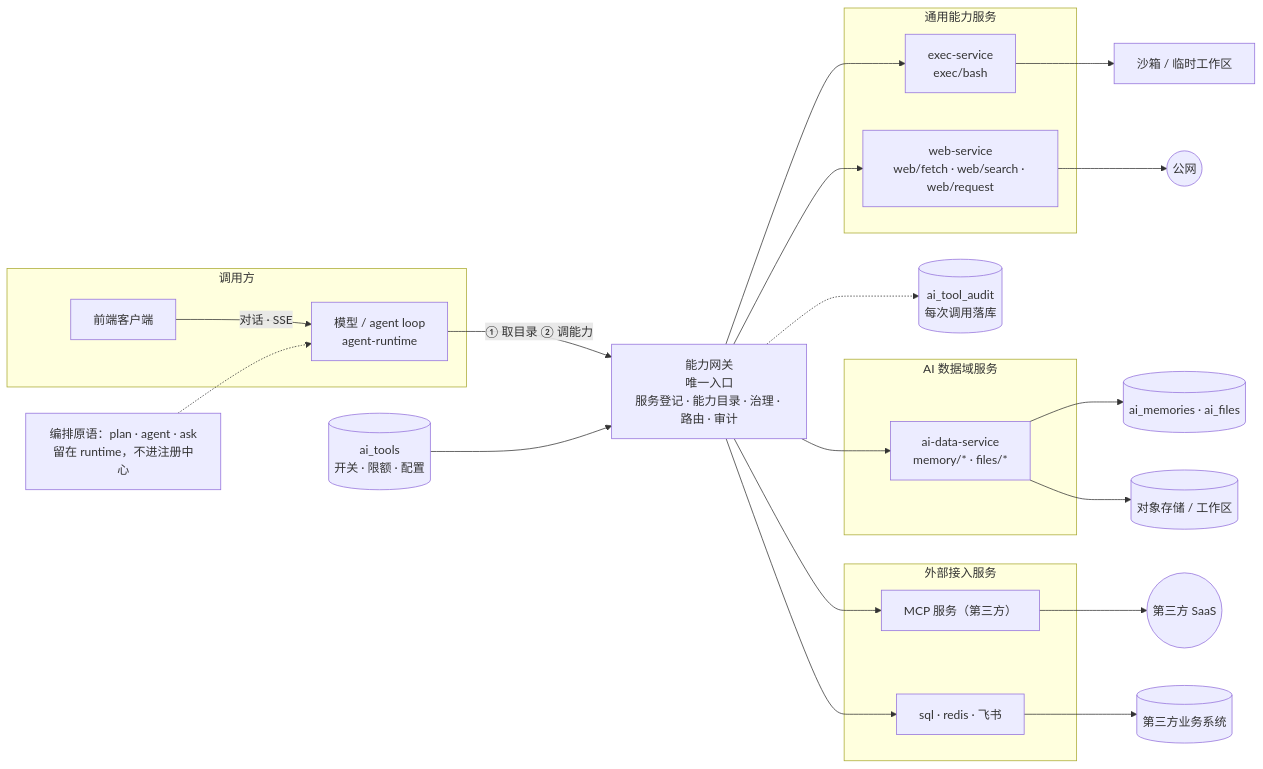
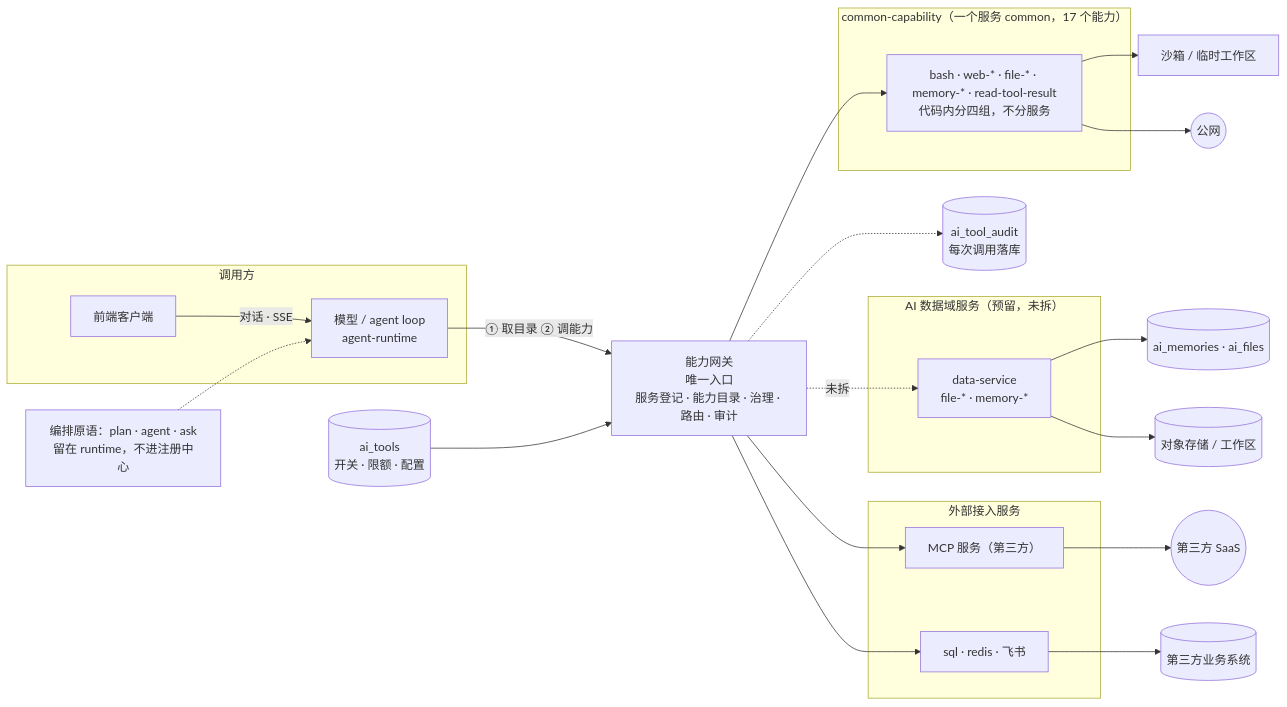
Before and after one commit to Rihel/billy-cli: the first of 2 diagrams in docs/design/capability-gateway.md, drawn with Mermaid. The commit also changed other lines of this file and 192 other files, not shown here.

````diff
--- a/docs/design/capability-gateway.md
+++ b/docs/design/capability-gateway.md
@@ -87,45 +90,43 @@
 ```mermaid
 flowchart LR
   subgraph callers["调用方"]
     M["模型 / agent loop<br/>agent-runtime"]
     C["前端客户端"]
   end
 
   C -->|"对话 · SSE"| M
 
   G["能力网关<br/>唯一入口<br/>服务登记 · 能力目录 · 治理 · 路由 · 审计"]
 
   M -->|"① 取目录 ② 调能力"| G
 
-  subgraph S1["通用能力服务"]
-    E["exec-service<br/>exec/bash"]
-    W["web-service<br/>web/fetch · web/search · web/request"]
+  subgraph S1["common-capability（一个服务 common，17 个能力）"]
+    E["bash · web-* · file-* · memory-* · read-tool-result<br/>代码内分四组，不分服务"]
   end
 
-  subgraph S2["AI 数据域服务"]
-    D["ai-data-service<br/>memory/* · files/*"]
+  subgraph S2["AI 数据域服务（预留，未拆）"]
+    D["data-service<br/>file-* · memory-*"]
   end
 
   subgraph S3["外部接入服务"]
     X1["MCP 服务（第三方）"]
     X2["sql · redis · 飞书"]
   end
 
   G --> E
-  G --> W
-  G --> D
+  G -.->|未拆| D
   G --> X1
   G --> X2
 
   CFG[("ai_tools<br/>开关 · 限额 · 配置")] --> G
   G -.-> AUD[("ai_tool_audit<br/>每次调用落库")]
 
   E --> SB["沙箱 / 临时工作区"]
-  W --> NET(("公网"))
+  E --> NET(("公网"))
   D --> DB[("ai_memories · ai_files")]
   D --> OSS[("对象存储 / 工作区")]
   X1 --> T3(("第三方 SaaS"))
   X2 --> BIZ[("第三方业务系统")]
 
   R["编排原语：plan · agent · ask<br/>留在 runtime，不进注册中心"] -.-> M
 ```
````
